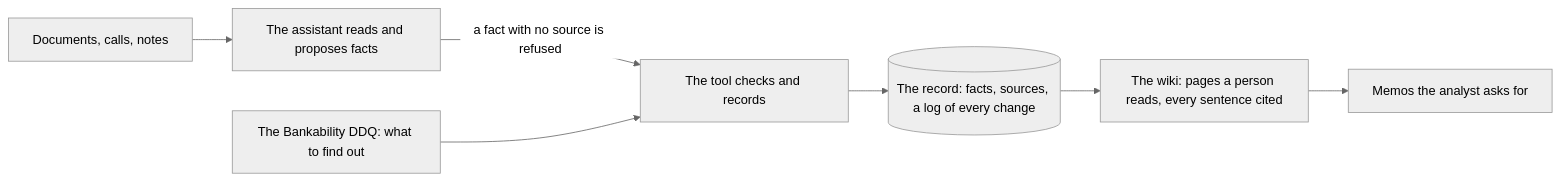
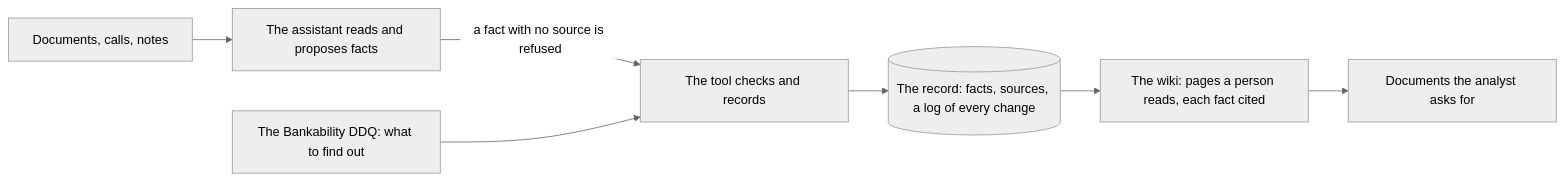
Before and after one commit to rrecourt2/AIssociate: the diagram in README.md, drawn with Mermaid (neutral theme). The commit also changed other lines of this file and 1 other file, not shown here.

````diff
--- a/README.md
+++ b/README.md
@@ -45,9 +23,9 @@
 ```mermaid
 flowchart LR
   D["Documents, calls, notes"] --> A["The assistant reads and proposes facts"]
   A -- "a fact with no source is refused" --> T["The tool checks and records"]
   S["The Bankability DDQ: what to find out"] --> T
   T --> R[("The record: facts, sources, a log of every change")]
-  R --> W["The wiki: pages a person reads, every sentence cited"]
-  W --> P["Memos the analyst asks for"]
+  R --> W["The wiki: pages a person reads, each fact cited"]
+  W --> P["Documents the analyst asks for"]
 ```
````
